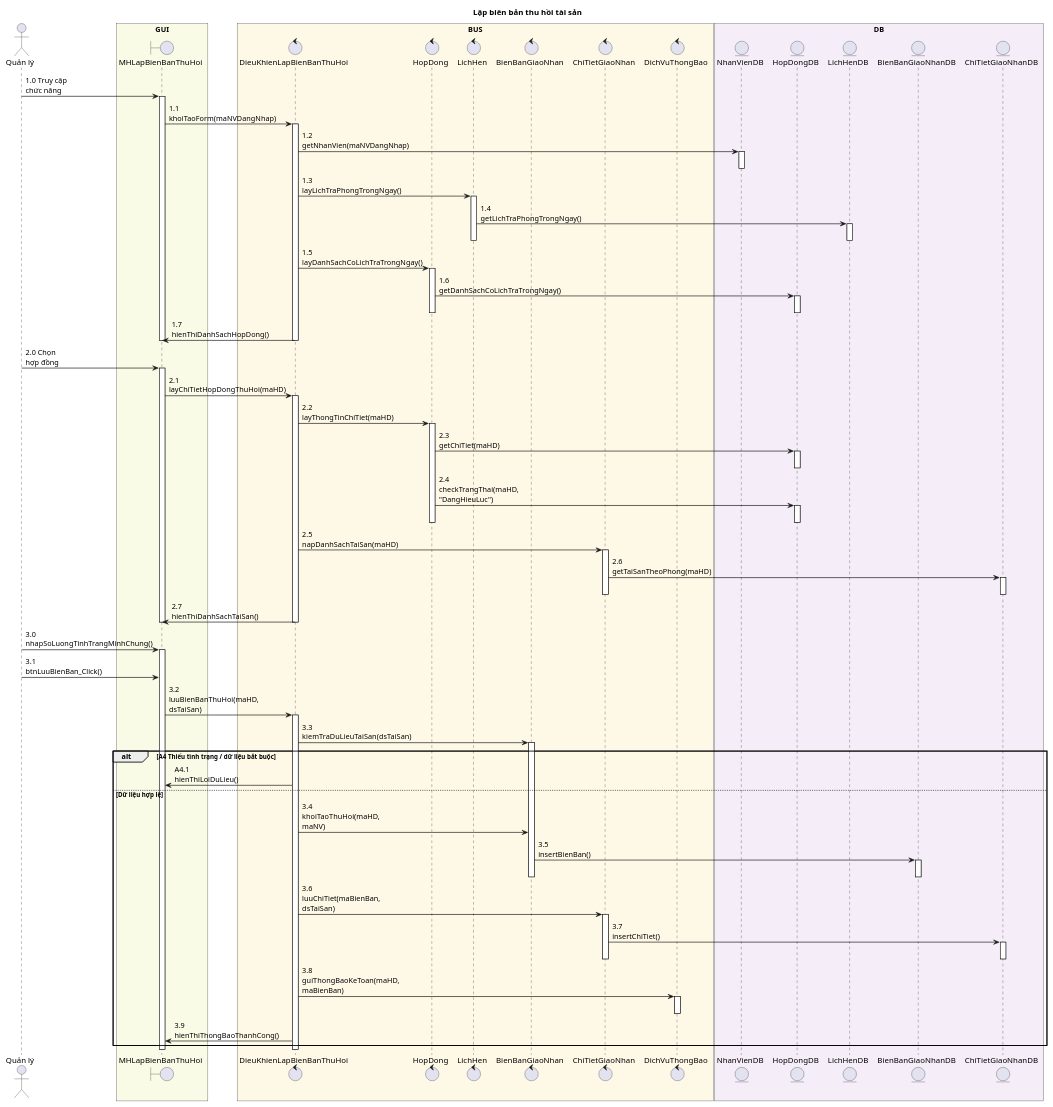
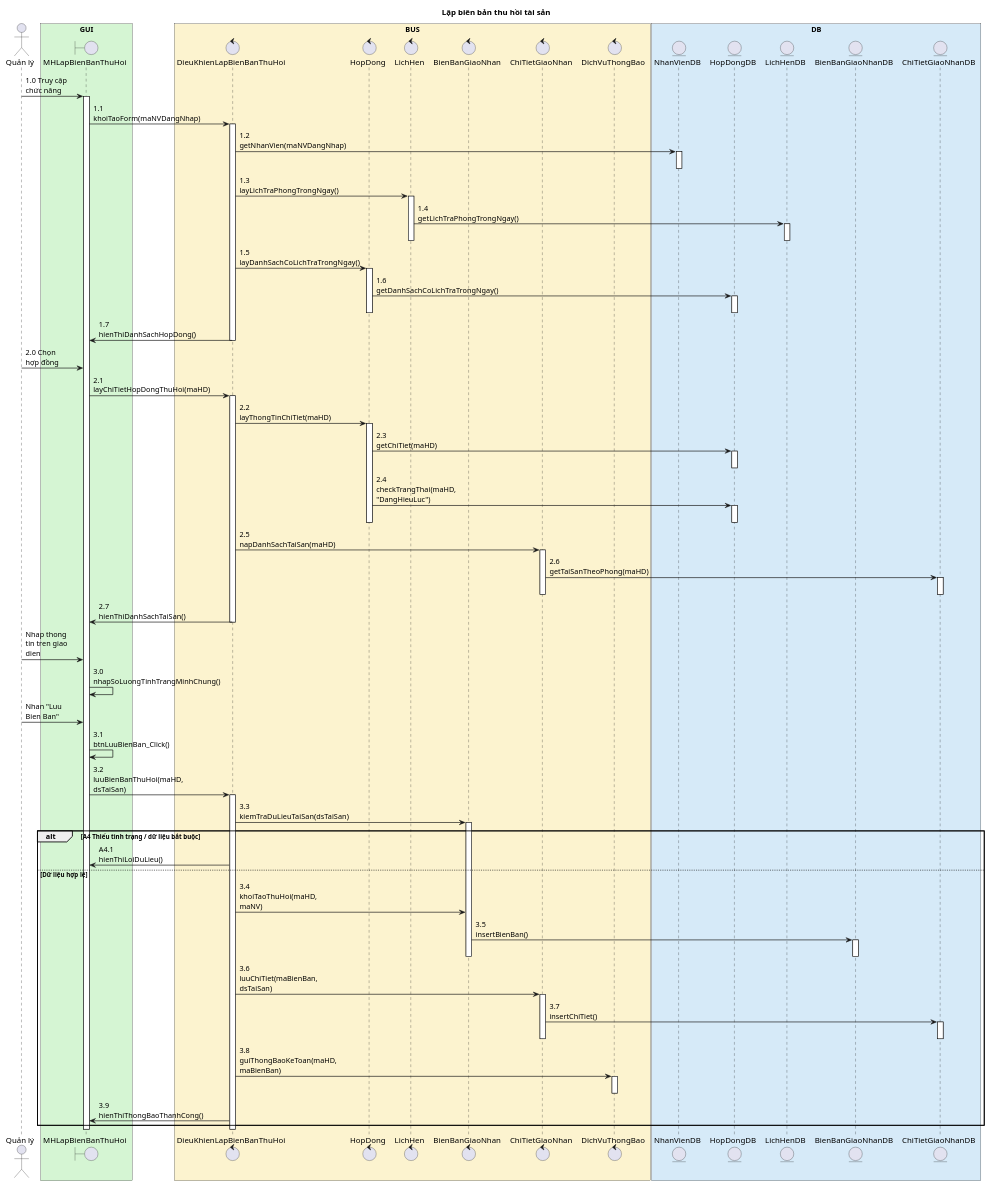
One commit to Ming1309/HomeStay-Dorm changed the diagram in docs/uml/lap-bien-ban-thu-hoi-tai-san-sequence.puml. Above: the diagram before and after it, drawn with PlantUML. The commit also changed 34 other files, not shown here.

Commit message:
docs(uml): group lifelines in sequence diagrams into box layers and update layout

```diff
--- a/docs/uml/lap-bien-ban-thu-hoi-tai-san-sequence.puml
+++ b/docs/uml/lap-bien-ban-thu-hoi-tai-san-sequence.puml
@@ -1,158 +1,156 @@
 @startuml LapBienBanThuHoiTaiSan_Sequence
 
 skinparam sequenceArrowThickness 1.2
 skinparam shadowing false
 skinparam sequenceMessageAlign left
 skinparam maxMessageSize 80
 
 title Lập biên bản thu hồi tài sản
 
 actor "Quản lý" as QL
 
-box "GUI" #F9FBE7
+box "GUI" #D5F5D3
 boundary "MHLapBienBanThuHoi" as MH
 end box
 
-box "BUS" #FEF9E7
+box "BUS" #FCF3CF
 control "DieuKhienLapBienBanThuHoi" as DK
 control "HopDong" as HD
 control "LichHen" as LH
 control "BienBanGiaoNhan" as BB
 control "ChiTietGiaoNhan" as CTGN
 control "DichVuThongBao" as TB
 end box
 
-box "DB" #F5EEF8
+box "DB" #D6EAF8
 entity "NhanVienDB" as NVDB
 entity "HopDongDB" as HDDB
 entity "LichHenDB" as LHDB
 entity "BienBanGiaoNhanDB" as BBDB
 entity "ChiTietGiaoNhanDB" as CTGNDB
 end box
 
 
 '=====================
 ' TẢI DANH SÁCH HỢP ĐỒNG TRẢ PHÒNG
 '=====================
 
 QL -> MH : 1.0 Truy cập chức năng
 activate MH
 
 MH -> DK : 1.1 khoiTaoForm(maNVDangNhap)
 activate DK
 
 DK -> NVDB : 1.2 getNhanVien(maNVDangNhap)
 activate NVDB
 deactivate NVDB
 
 DK -> LH : 1.3 layLichTraPhongTrongNgay()
 activate LH
 
 LH -> LHDB : 1.4 getLichTraPhongTrongNgay()
 activate LHDB
 deactivate LHDB
 
 deactivate LH
 
 DK -> HD : 1.5 layDanhSachCoLichTraTrongNgay()
 activate HD
 
 HD -> HDDB : 1.6 getDanhSachCoLichTraTrongNgay()
 activate HDDB
 deactivate HDDB
 
 deactivate HD
 
 DK -> MH : 1.7 hienThiDanhSachHopDong()
 
 deactivate DK
-deactivate MH
 
 
 '=====================
 ' CHỌN HỢP ĐỒNG VÀ TẢI TÀI SẢN
 '=====================
 
 QL -> MH : 2.0 Chọn hợp đồng
-activate MH
 
 MH -> DK : 2.1 layChiTietHopDongThuHoi(maHD)
 activate DK
 
 DK -> HD : 2.2 layThongTinChiTiet(maHD)
 activate HD
 
 HD -> HDDB : 2.3 getChiTiet(maHD)
 activate HDDB
 deactivate HDDB
 
 HD -> HDDB : 2.4 checkTrangThai(maHD, "DangHieuLuc")
 activate HDDB
 deactivate HDDB
 
 deactivate HD
 
 DK -> CTGN : 2.5 napDanhSachTaiSan(maHD)
 activate CTGN
 
 CTGN -> CTGNDB : 2.6 getTaiSanTheoPhong(maHD)
 activate CTGNDB
 deactivate CTGNDB
 
 deactivate CTGN
 
 DK -> MH : 2.7 hienThiDanhSachTaiSan()
 
 deactivate DK
-deactivate MH
 
 
 '=====================
 ' LƯU BIÊN BẢN THU HỒI
 '=====================
 
-QL -> MH : 3.0 nhapSoLuongTinhTrangMinhChung()
-activate MH
+QL -> MH : Nhap thong tin tren giao dien
+MH -> MH : 3.0 nhapSoLuongTinhTrangMinhChung()
 
-QL -> MH : 3.1 btnLuuBienBan_Click()
+QL -> MH : Nhan "Luu Bien Ban"
+MH -> MH : 3.1 btnLuuBienBan_Click()
 
 MH -> DK : 3.2 luuBienBanThuHoi(maHD, dsTaiSan)
 activate DK
 
 DK -> BB : 3.3 kiemTraDuLieuTaiSan(dsTaiSan)
 activate BB
 
 alt A4 Thiếu tình trạng / dữ liệu bắt buộc
 
 DK -> MH : A4.1 hienThiLoiDuLieu()
 
 else Dữ liệu hợp lệ
 
 DK -> BB : 3.4 khoiTaoThuHoi(maHD, maNV)
 BB -> BBDB : 3.5 insertBienBan()
 activate BBDB
 deactivate BBDB
 
 deactivate BB
 
 DK -> CTGN : 3.6 luuChiTiet(maBienBan, dsTaiSan)
 activate CTGN
 
 CTGN -> CTGNDB : 3.7 insertChiTiet()
 activate CTGNDB
 deactivate CTGNDB
 
 deactivate CTGN
 
 DK -> TB : 3.8 guiThongBaoKeToan(maHD, maBienBan)
 activate TB
 deactivate TB
 
 DK -> MH : 3.9 hienThiThongBaoThanhCong()
 
 end
 
 deactivate DK
 deactivate MH
 
 @enduml
```
